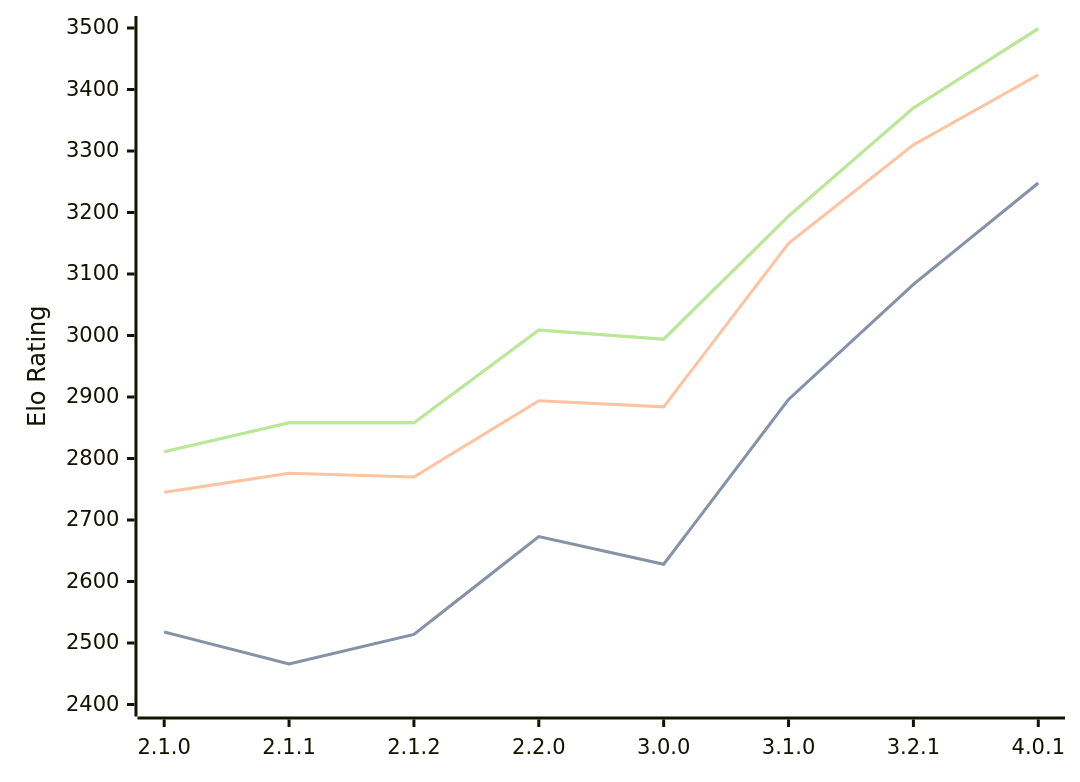
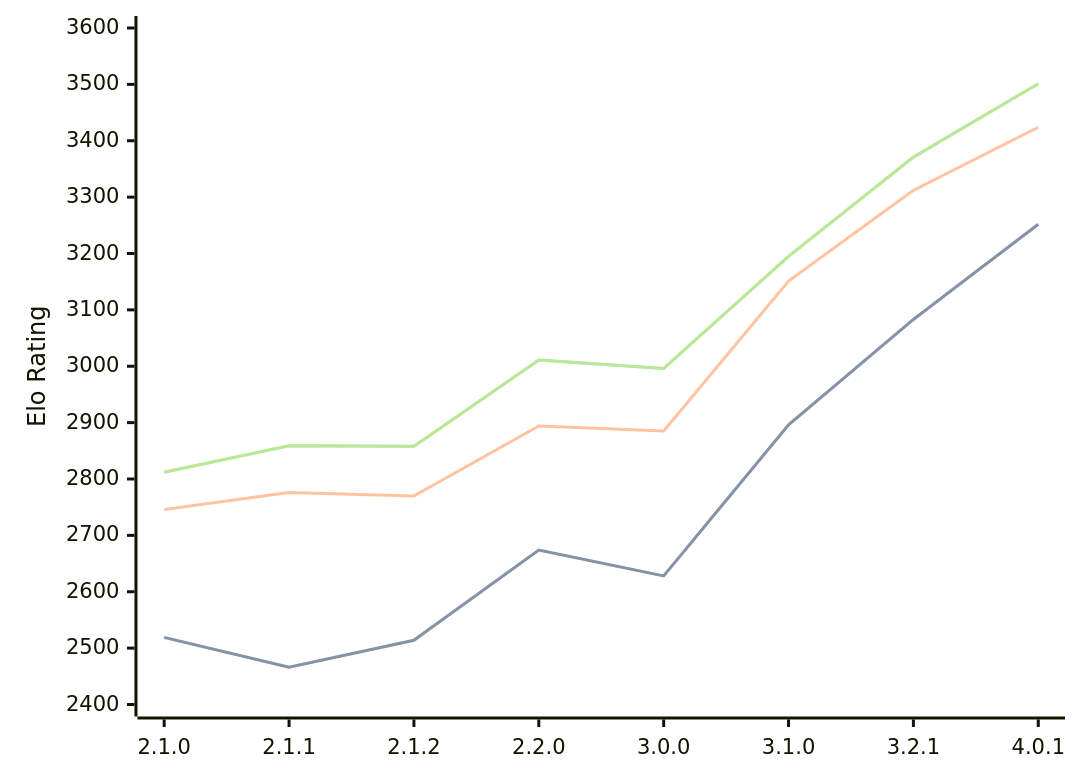
The diagram in engines/Prune.md (computer-chess-index/cci), drawn with Mermaid before and after one commit. The commit also changed other lines of this file, not shown here.

Commit message:
Update CCI Ratings (ELO VLTC) - 2026-07-23

````diff
--- a/engines/Prune.md
+++ b/engines/Prune.md
@@ -44,11 +44,11 @@
 ```mermaid
 %%{init: {"theme":"base","themeVariables":{"seriesColors:['#a3a3a3','#222221','#faa371']}}}%%
 xychart-beta
   x-axis ["2.1.0", "2.1.1", "2.1.2", "2.2.0", "3.0.0", "3.1.0", "3.2.1", "4.0.1"]
-  y-axis "Elo Rating" 2400 --> 3500
-  line "STC (8.0+0.08s)" [2518, 2466, 2514, 2673, 2628, 2896, 3083, 3248]
-  line "STC (8.0+0.08s)" [2518, 2466, 2514, 2673, 2628, 2896, 3083, 3248]
-  line "LTC (60.0+0.60s)" [2745, 2776, 2770, 2894, 2884, 3150, 3310, 3424]
-  line "VLTC (2m24s+1.12s)" [2811, 2858, 2858, 3009, 2994, 3194, 3370, 3499]
-  line "VLTC (2m24s+1.12s)" [2811, 2858, 2858, 3009, 2994, 3194, 3370, 3499]
+  y-axis "Elo Rating" 2400 --> 3600
+  line "STC (8.0+0.08s)" [2519, 2466, 2514, 2674, 2628, 2896, 3083, 3252]
+  line "STC (8.0+0.08s)" [2519, 2466, 2514, 2674, 2628, 2896, 3083, 3252]
+  line "LTC (60.0+0.60s)" [2746, 2776, 2770, 2894, 2885, 3151, 3312, 3424]
+  line "VLTC (2m24s+1.12s)" [2812, 2859, 2858, 3011, 2996, 3195, 3371, 3501]
+  line "VLTC (2m24s+1.12s)" [2812, 2859, 2858, 3011, 2996, 3195, 3371, 3501]
 ```
````
